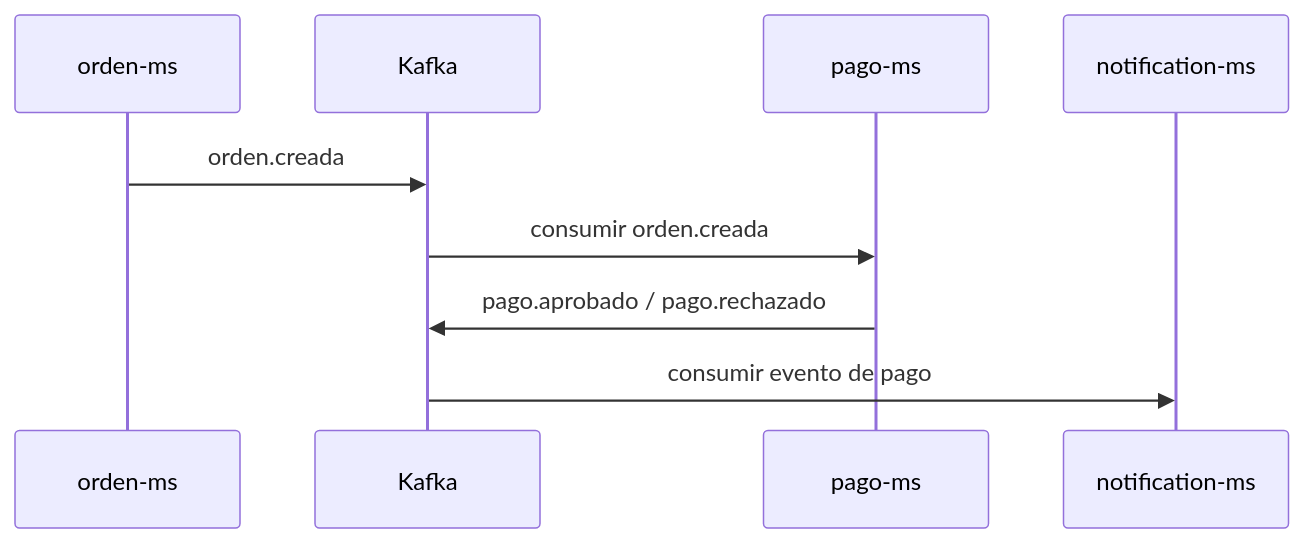
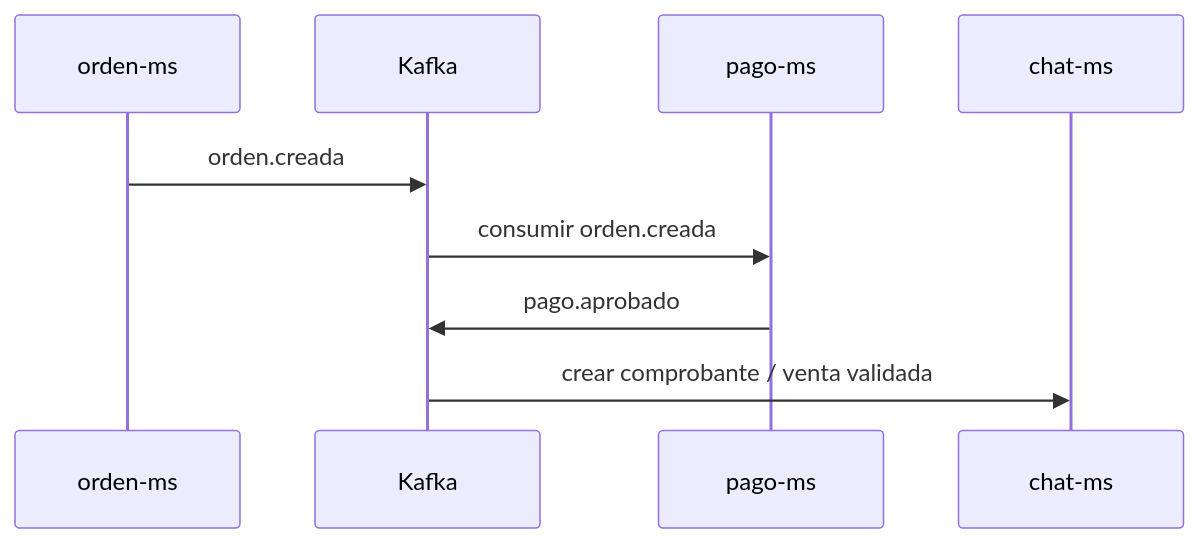
One commit to erickmijael17/SmartCampus-Marketplace changed the diagram in docs/kafka-eventos.md. Above: the diagram before and after it, drawn with Mermaid. The commit also changed other lines of this file and 23 other files, not shown here.

Commit message:
docs: update frontend and payment flows

````diff
--- a/docs/kafka-eventos.md
+++ b/docs/kafka-eventos.md
@@ -11,12 +11,12 @@
 ```mermaid
 sequenceDiagram
     participant Orden as orden-ms
     participant Kafka as Kafka
     participant Pago as pago-ms
-    participant Noti as notification-ms
+    participant Chat as chat-ms
 
     Orden->>Kafka: orden.creada
     Kafka->>Pago: consumir orden.creada
-    Pago->>Kafka: pago.aprobado / pago.rechazado
-    Kafka->>Noti: consumir evento de pago
+    Pago->>Kafka: pago.aprobado
+    Kafka->>Chat: crear comprobante / venta validada
 ```
````
